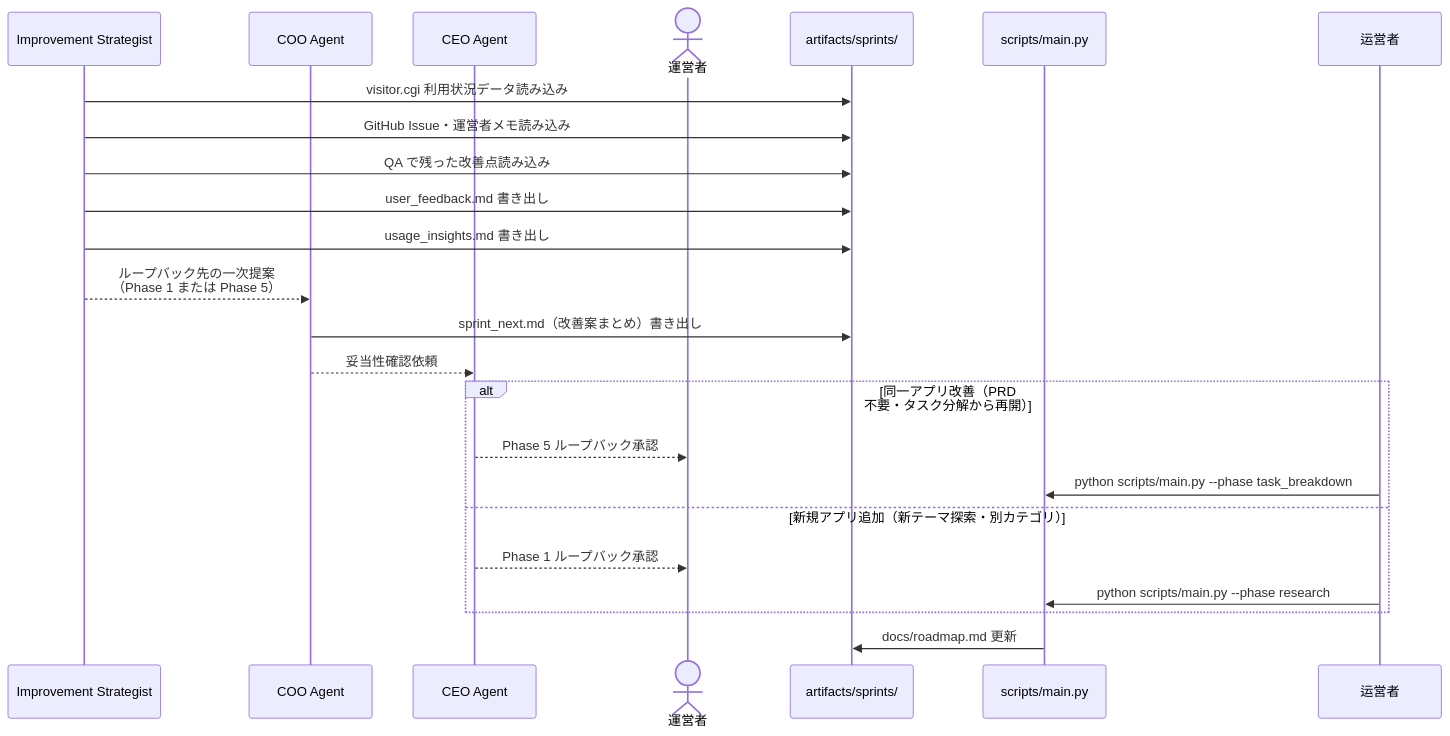
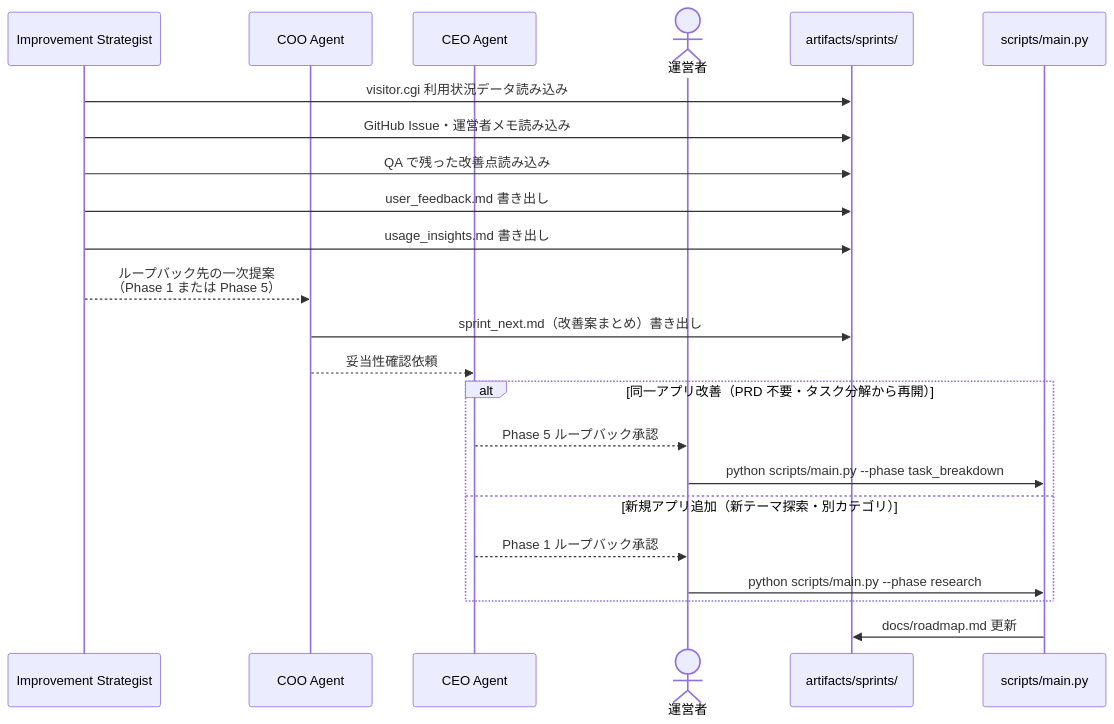
One commit to garyohosu/openclaw-app-company changed diagram 12 of 12 in SEQUENCE.md. Above: the diagram before and after it, drawn with Mermaid. The commit also changed other lines of this file, not shown here.

First line of the commit message:
Fix SEQUENCE.md to align with USECASE.md (v0.7)

````diff
--- a/SEQUENCE.md
+++ b/SEQUENCE.md
@@ -413,30 +437,30 @@
 ```mermaid
 sequenceDiagram
     participant IS as Improvement Strategist
     participant COO as COO Agent
     participant CEO as CEO Agent
     actor 運営者
     participant artifacts as artifacts/sprints/
     participant main as scripts/main.py
 
     IS ->> artifacts: visitor.cgi 利用状況データ読み込み
     IS ->> artifacts: GitHub Issue・運営者メモ読み込み
     IS ->> artifacts: QA で残った改善点読み込み
     IS ->> artifacts: user_feedback.md 書き出し
     IS ->> artifacts: usage_insights.md 書き出し
 
     IS -->> COO: ループバック先の一次提案<br>（Phase 1 または Phase 5）
 
     COO ->> artifacts: sprint_next.md（改善案まとめ）書き出し
     COO -->> CEO: 妥当性確認依頼
 
     alt 同一アプリ改善（PRD 不要・タスク分解から再開）
         CEO -->> 運営者: Phase 5 ループバック承認
-        运営者 ->> main: python scripts/main.py --phase task_breakdown
+        運営者 ->> main: python scripts/main.py --phase task_breakdown
     else 新規アプリ追加（新テーマ探索・別カテゴリ）
         CEO -->> 運営者: Phase 1 ループバック承認
-        运営者 ->> main: python scripts/main.py --phase research
+        運営者 ->> main: python scripts/main.py --phase research
     end
 
     main ->> artifacts: docs/roadmap.md 更新
 ```
````
